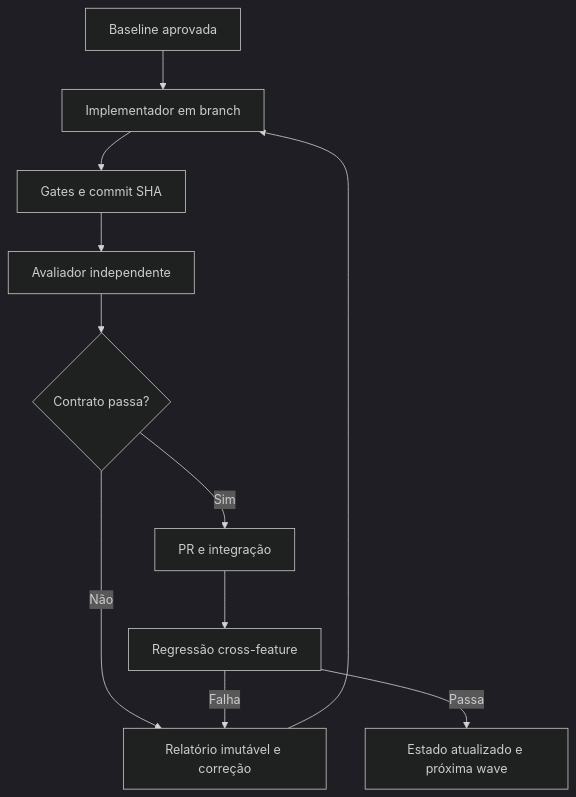
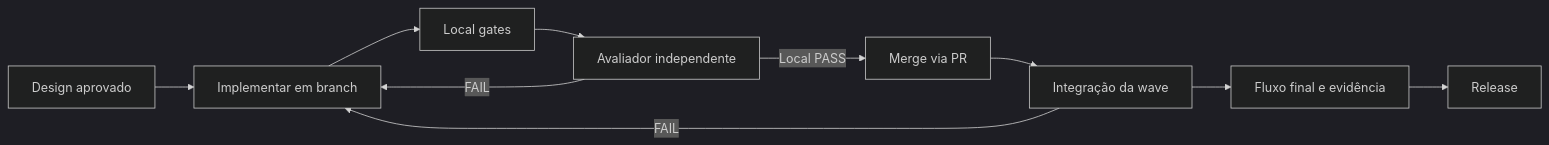
The sixth of 6 diagrams in docs/architecture/diagrams.md (Esphios/mba-desafio-catraca), drawn with Mermaid (dark theme) before and after one commit. The commit also changed other lines of this file and 186 other files, not shown here.

````diff
--- a/docs/architecture/diagrams.md
+++ b/docs/architecture/diagrams.md
@@ -135,13 +70,12 @@
 ```mermaid
-flowchart TD
- D[Baseline aprovada] --> F[Implementador em branch]
- F --> G[Gates e commit SHA]
- G --> E[Avaliador independente]
- E --> V{Contrato passa?}
- V -->|Não| C[Relatório imutável e correção]
- C --> F
- V -->|Sim| P[PR e integração]
- P --> R[Regressão cross-feature]
- R -->|Falha| C
- R -->|Passa| N[Estado atualizado e próxima wave]
+flowchart LR
+    D[Design aprovado] --> I[Implementar em branch]
+    I --> L[Local gates]
+    L --> E[Avaliador independente]
+    E -->|FAIL| I
+    E -->|Local PASS| M[Merge via PR]
+    M --> G[Integração da wave]
+    G -->|FAIL| I
+    G --> R[Fluxo final e evidência]
+    R --> F[Release]
 ```
````
